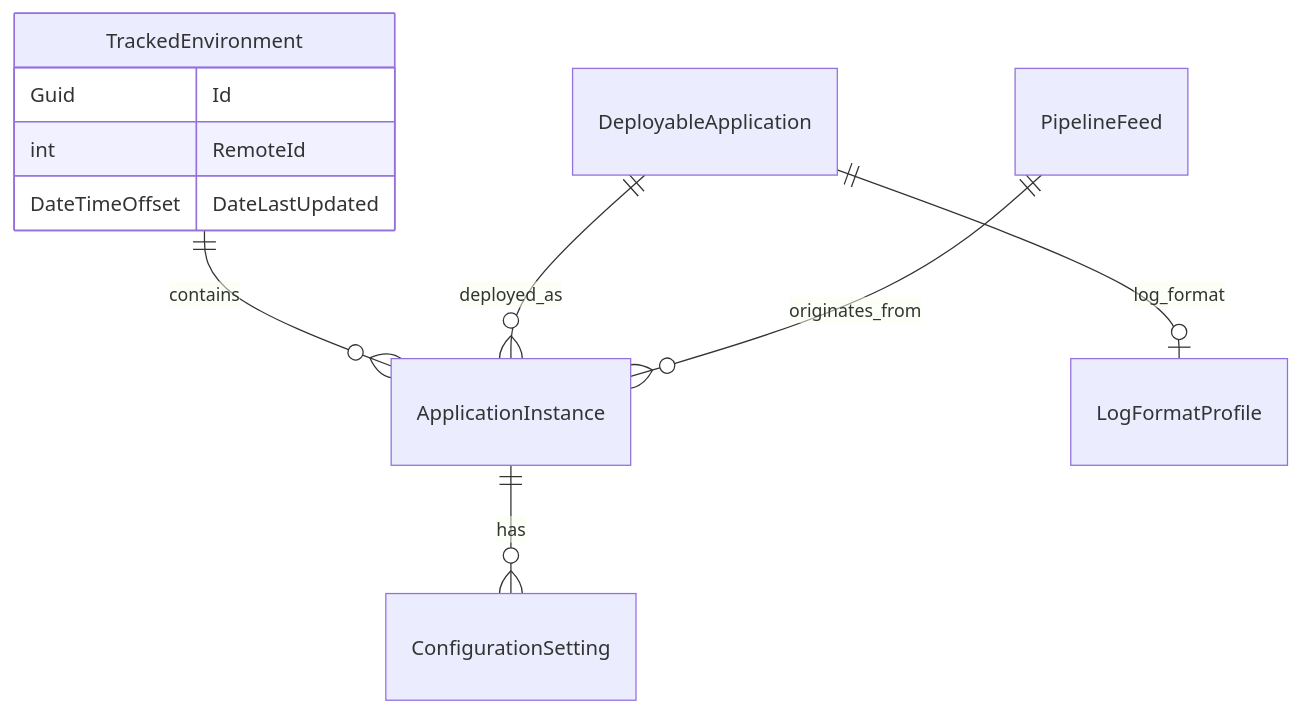
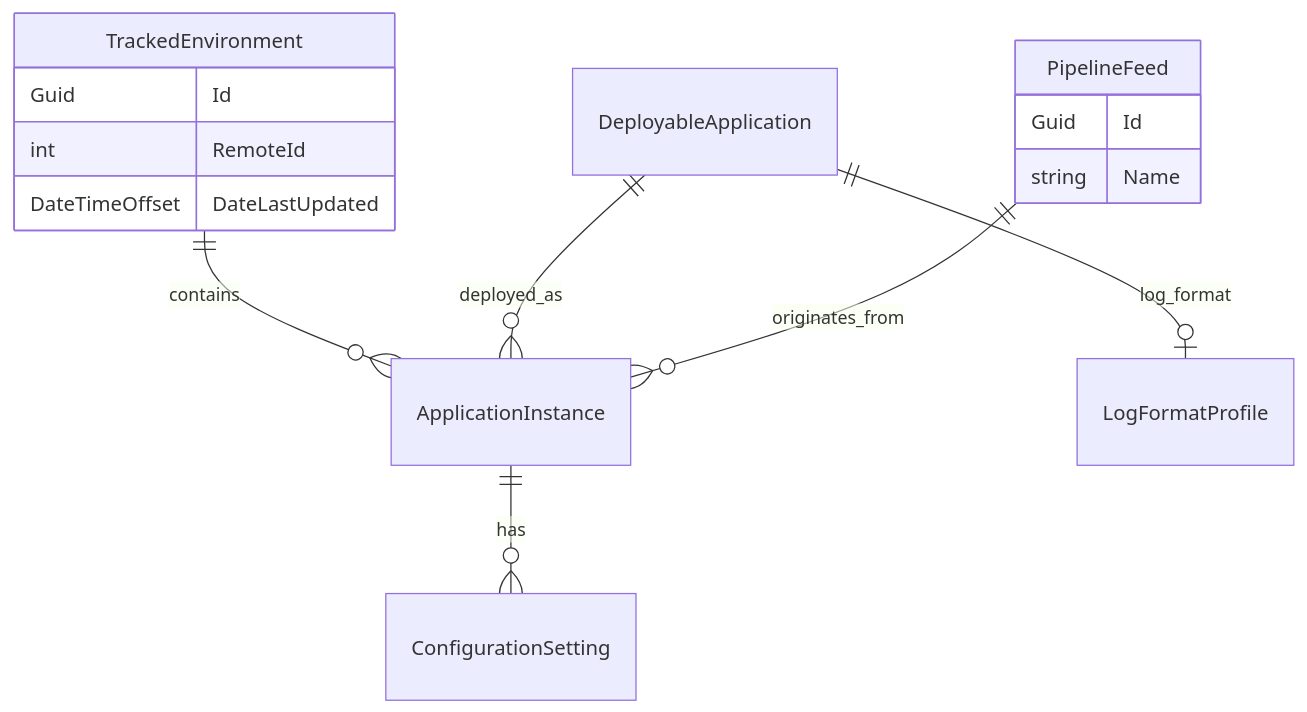
The diagram in docs/backlog.md (e-manual-goldstein/digital-services-dev-dash), drawn with Mermaid before and after one commit. The commit also changed other lines of this file and 10 other files, not shown here.

````diff
--- a/docs/backlog.md
+++ b/docs/backlog.md
@@ -79,13 +78,17 @@
 ```mermaid
 erDiagram
     TrackedEnvironment ||--o{ ApplicationInstance : contains
     DeployableApplication ||--o{ ApplicationInstance : deployed_as
     PipelineFeed ||--o{ ApplicationInstance : originates_from
     DeployableApplication ||--o| LogFormatProfile : log_format
     ApplicationInstance ||--o{ ConfigurationSetting : has
     TrackedEnvironment {
         Guid Id
         int RemoteId
         DateTimeOffset DateLastUpdated
     }
+    PipelineFeed {
+        Guid Id
+        string Name
+    }
 ```
````
